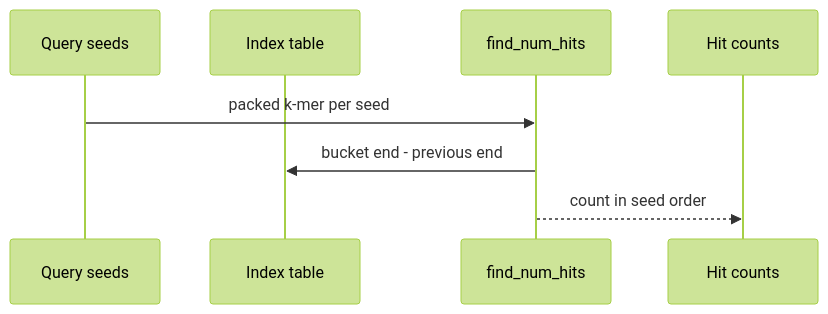
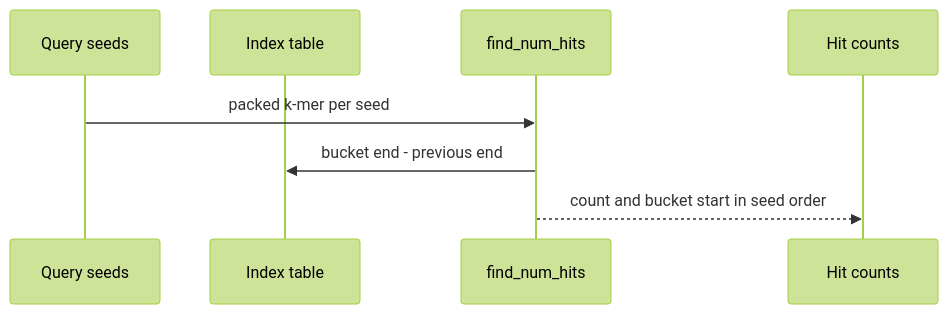
One commit to hillerlab/hspZ changed the first of 5 diagrams in docs/src/journeys/hit-discovery.md. Above: the diagram before and after it, drawn with Mermaid (forest theme). The commit also changed other lines of this file and 3 other files, not shown here.

````diff
--- a/docs/src/journeys/hit-discovery.md
+++ b/docs/src/journeys/hit-discovery.md
@@ -19,10 +19,10 @@
 ```mermaid
 sequenceDiagram
     participant Q as Query seeds
     participant I as Index table
     participant C as find_num_hits
     participant N as Hit counts
     Q->>C: packed k-mer per seed
     C->>I: bucket end - previous end
-    C-->>N: count in seed order
+    C-->>N: count and bucket start in seed order
 ```
````
